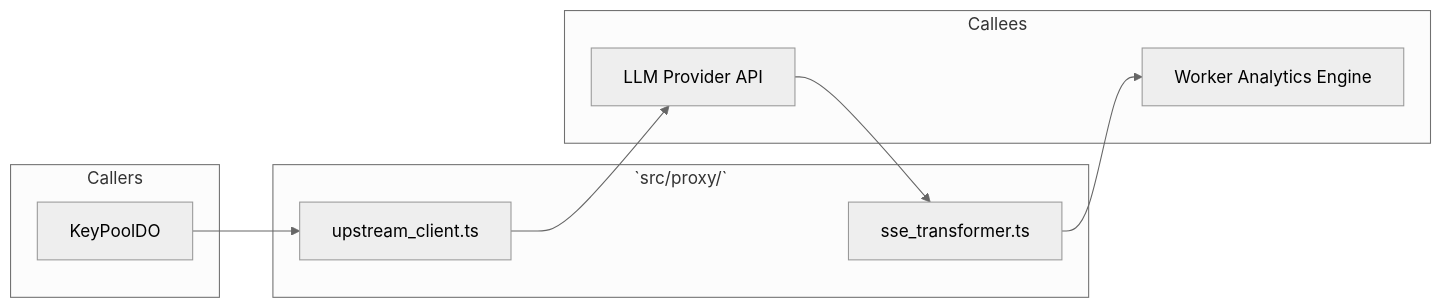
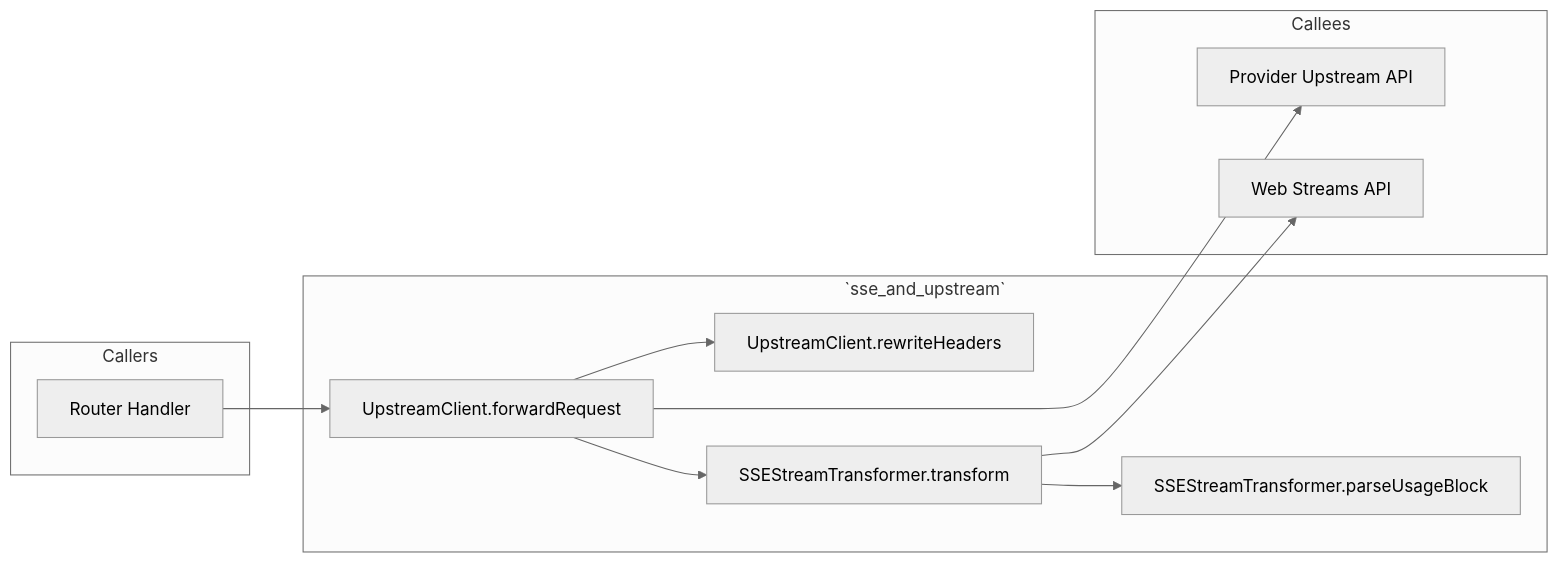
The first of 3 diagrams in docs/codeflow/sse_transformer_and_upstream_client_cfg.md (Axe-08/Key-Collective), drawn with Mermaid (neutral theme) before and after one commit. The commit also changed other lines of this file and 18 other files, not shown here.

````diff
--- a/docs/codeflow/sse_transformer_and_upstream_client_cfg.md
+++ b/docs/codeflow/sse_transformer_and_upstream_client_cfg.md
@@ -18,18 +18,23 @@
 ```mermaid
 graph LR
     subgraph Callers
-        KeyPoolDO[KeyPoolDO]
+        RouterHandler[Router Handler]
     end
-    subgraph `src/proxy/`
-        UpstreamClient[upstream_client.ts]
-        SSETransformer[sse_transformer.ts]
+    subgraph `sse_and_upstream`
+        UpstreamClient_forwardRequest[UpstreamClient.forwardRequest]
+        UpstreamClient_rewriteHeaders[UpstreamClient.rewriteHeaders]
+        SSEStreamTransformer_transform[SSEStreamTransformer.transform]
+        SSEStreamTransformer_parseUsageBlock[SSEStreamTransformer.parseUsageBlock]
     end
     subgraph Callees
-        UpstreamLLM[LLM Provider API]
-        Telemetry[Worker Analytics Engine]
+        ProviderAPI[Provider Upstream API]
+        TransformStream[Web Streams API]
     end
-    KeyPoolDO --> UpstreamClient
-    UpstreamClient --> UpstreamLLM
-    UpstreamLLM --> SSETransformer
-    SSETransformer --> Telemetry
+
+    RouterHandler --> UpstreamClient_forwardRequest
+    UpstreamClient_forwardRequest --> UpstreamClient_rewriteHeaders
+    UpstreamClient_forwardRequest --> ProviderAPI
+    UpstreamClient_forwardRequest --> SSEStreamTransformer_transform
+    SSEStreamTransformer_transform --> SSEStreamTransformer_parseUsageBlock
+    SSEStreamTransformer_transform --> TransformStream
 ```
````
